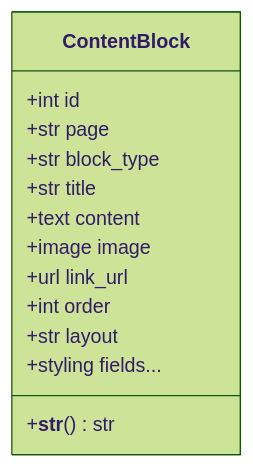
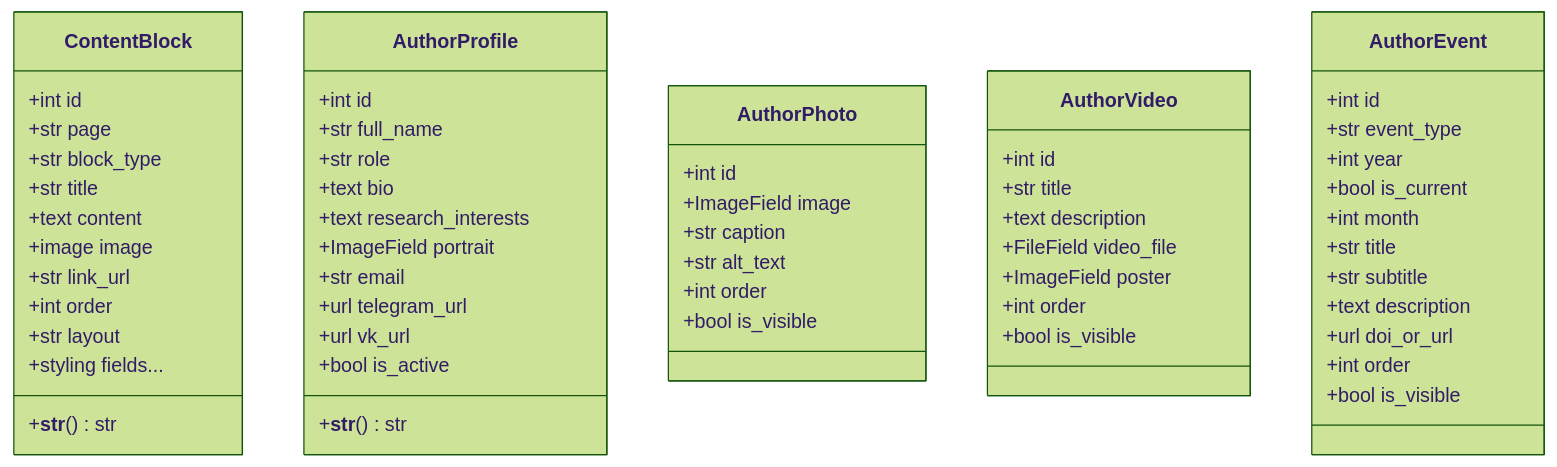
One commit to Kirill2517nv/SiteAboutMe changed the second of 7 diagrams in docs/database/models.md. Above: the diagram before and after it, drawn with Mermaid (forest theme). The commit also changed other lines of this file and 40 other files, not shown here.

````diff
--- a/docs/database/models.md
+++ b/docs/database/models.md
@@ -63,16 +84,63 @@
 ```mermaid
 classDiagram
     class ContentBlock {
         +int id
         +str page
         +str block_type
         +str title
         +text content
         +image image
-        +url link_url
+        +str link_url
         +int order
         +str layout
         +styling fields...
         +__str__() str
     }
+
+    class AuthorProfile {
+        +int id
+        +str full_name
+        +str role
+        +text bio
+        +text research_interests
+        +ImageField portrait
+        +str email
+        +url telegram_url
+        +url vk_url
+        +bool is_active
+        +__str__() str
+    }
+
+    class AuthorPhoto {
+        +int id
+        +ImageField image
+        +str caption
+        +str alt_text
+        +int order
+        +bool is_visible
+    }
+
+    class AuthorVideo {
+        +int id
+        +str title
+        +text description
+        +FileField video_file
+        +ImageField poster
+        +int order
+        +bool is_visible
+    }
+
+    class AuthorEvent {
+        +int id
+        +str event_type
+        +int year
+        +bool is_current
+        +int month
+        +str title
+        +str subtitle
+        +text description
+        +url doi_or_url
+        +int order
+        +bool is_visible
+    }
 ```
````
